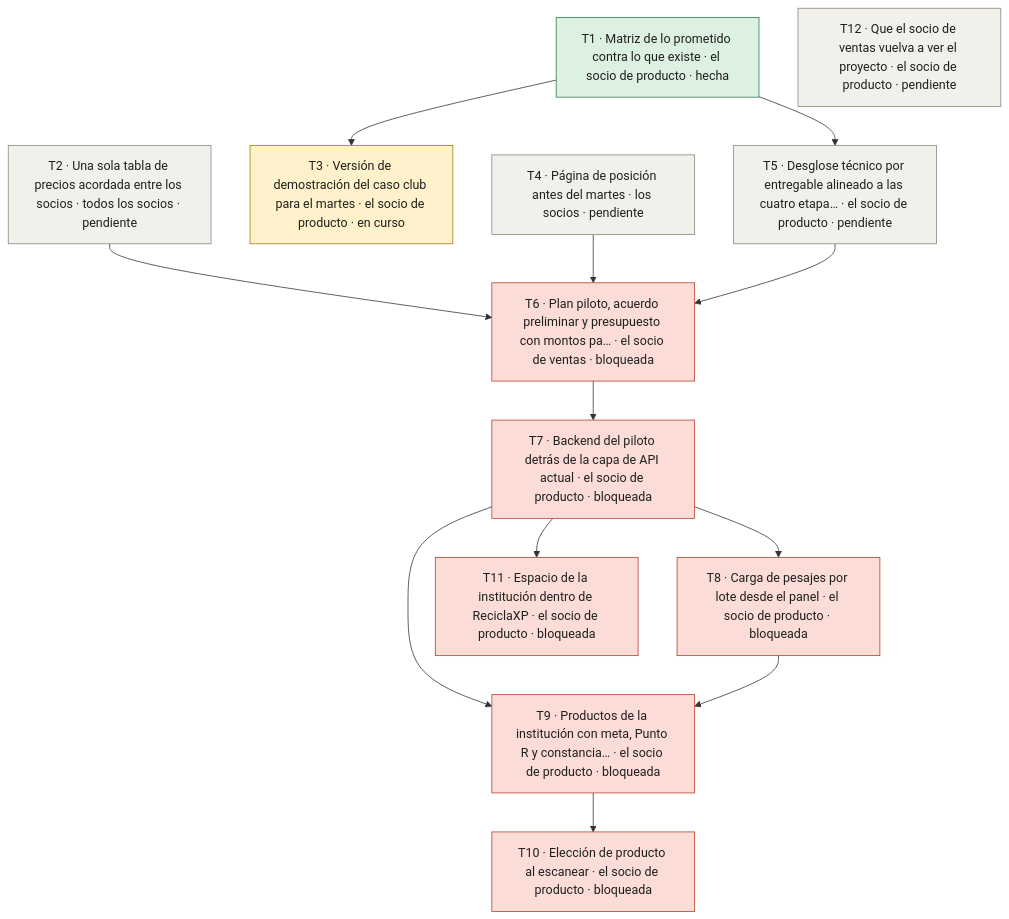
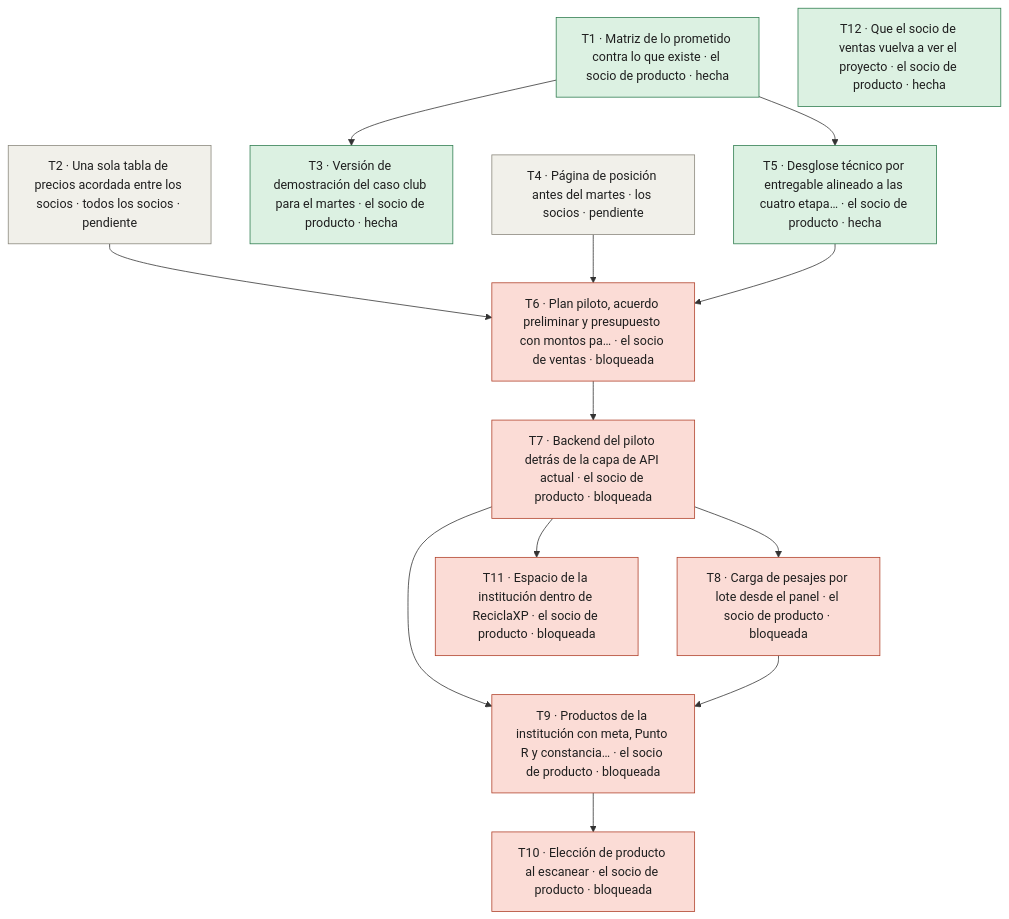
The diagram in docs/producto/reuniones/2026-10-10-plan-de-producto/mapa-tareas.mmd (soyalantapia/reciclaje), drawn with Mermaid before and after one commit. The commit also changed 2 other files, not shown here.

```diff
--- a/docs/producto/reuniones/2026-10-10-plan-de-producto/mapa-tareas.mmd
+++ b/docs/producto/reuniones/2026-10-10-plan-de-producto/mapa-tareas.mmd
@@ -1,35 +1,34 @@
 flowchart TD
   n1["T1 · Matriz de lo prometido contra lo que existe · el socio de producto · hecha"]
   n2["T2 · Una sola tabla de precios acordada entre los socios · todos los socios · pendiente"]
-  n3["T3 · Versión de demostración del caso club para el martes · el socio de producto · en curso"]
+  n3["T3 · Versión de demostración del caso club para el martes · el socio de producto · hecha"]
   n4["T4 · Página de posición antes del martes · los socios · pendiente"]
-  n5["T5 · Desglose técnico por entregable alineado a las cuatro etapa… · el socio de producto · pendiente"]
+  n5["T5 · Desglose técnico por entregable alineado a las cuatro etapa… · el socio de producto · hecha"]
   n6["T6 · Plan piloto, acuerdo preliminar y presupuesto con montos pa… · el socio de ventas · bloqueada"]
   n7["T7 · Backend del piloto detrás de la capa de API actual · el socio de producto · bloqueada"]
   n8["T8 · Carga de pesajes por lote desde el panel · el socio de producto · bloqueada"]
   n9["T9 · Productos de la institución con meta, Punto R y constancia… · el socio de producto · bloqueada"]
   n10["T10 · Elección de producto al escanear · el socio de producto · bloqueada"]
   n11["T11 · Espacio de la institución dentro de ReciclaXP · el socio de producto · bloqueada"]
-  n12["T12 · Que el socio de ventas vuelva a ver el proyecto · el socio de producto · pendiente"]
+  n12["T12 · Que el socio de ventas vuelva a ver el proyecto · el socio de producto · hecha"]
   n1 --> n3
   n1 --> n5
   n2 --> n6
   n4 --> n6
   n5 --> n6
   n6 --> n7
   n7 --> n8
   n7 --> n9
   n8 --> n9
   n9 --> n10
   n7 --> n11
   classDef pendiente fill:#f1f0ea,stroke:#8a877c,color:#1f1f1f
   classDef en_curso fill:#fff1c9,stroke:#a8790b,color:#1f1f1f
   classDef en_pr fill:#e6defa,stroke:#6a4fb0,color:#1f1f1f
   classDef hecha fill:#dcf1e2,stroke:#2f7d4f,color:#1f1f1f
   classDef bloqueada fill:#fbdcd6,stroke:#b0402a,color:#1f1f1f
   classDef descartada fill:#ececec,stroke:#9a9a9a,color:#6b6b6b,stroke-dasharray: 4 3
   classDef desconocido fill:#ffffff,stroke:#555555,color:#1f1f1f,stroke-dasharray: 2 2
-  class n2,n4,n5,n12 pendiente
-  class n3 en_curso
-  class n1 hecha
+  class n2,n4 pendiente
+  class n1,n3,n5,n12 hecha
   class n6,n7,n8,n9,n10,n11 bloqueada
```
